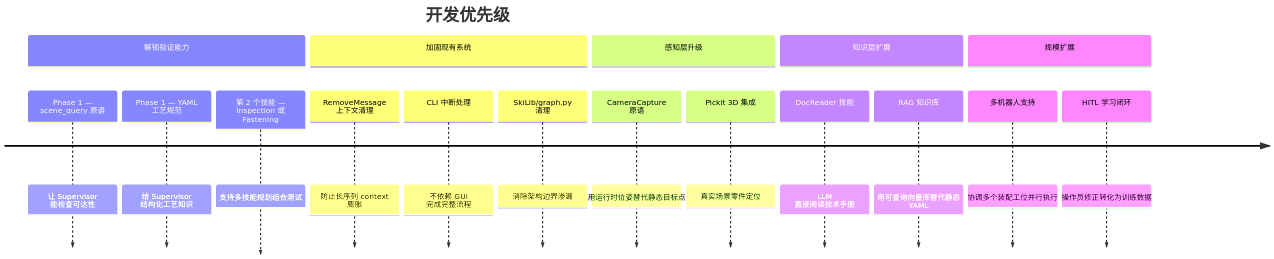
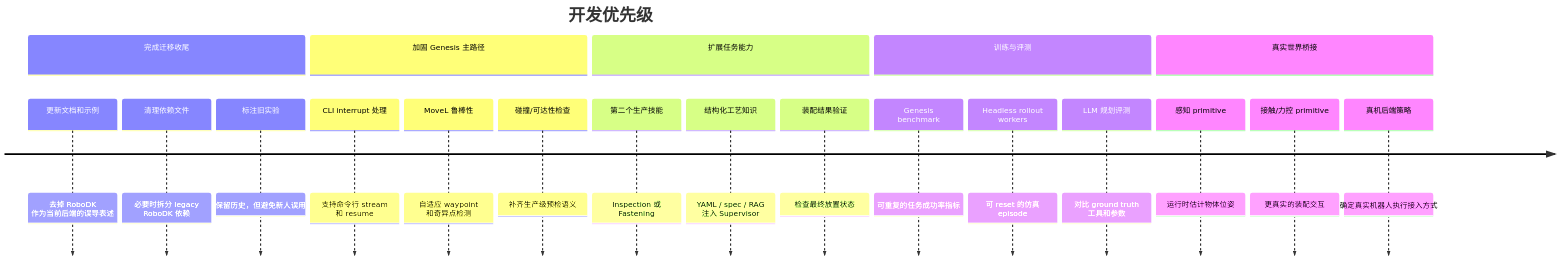
The fourth of 4 diagrams in ROADMAP.md (SniperPigeon/RoboSkiAgent), drawn with Mermaid before and after one commit. The commit also changed other lines of this file and 7 other files, not shown here.

````diff
--- a/ROADMAP.md
+++ b/ROADMAP.md
@@ -278,26 +203,29 @@
 ```mermaid
 timeline
     title 开发优先级
 
-    section 解锁验证能力
-        Phase 1 — scene_query 原语      : 让 Supervisor 能检查可达性
-        Phase 1 — YAML 工艺规范         : 给 Supervisor 结构化工艺知识
-        第 2 个技能 — Inspection 或 Fastening : 支持多技能规划组合测试
+    section 完成迁移收尾
+        更新文档和示例               : 去掉 RoboDK 作为当前后端的误导表述
+        清理依赖文件                 : 必要时拆分 legacy RoboDK 依赖
+        标注旧实验                   : 保留历史，但避免新人误用
 
-    section 加固现有系统
-        RemoveMessage 上下文清理        : 防止长序列 context 膨胀
-        CLI 中断处理                    : 不依赖 GUI 完成完整流程
-        SkiLib/graph.py 清理            : 消除架构边界渗漏
+    section 加固 Genesis 主路径
+        CLI interrupt 处理           : 支持命令行 stream 和 resume
+        MoveL 鲁棒性                 : 自适应 waypoint 和奇异点检测
+        碰撞/可达性检查              : 补齐生产级预检语义
 
-    section 感知层升级
-        CameraCapture 原语              : 用运行时位姿替代静态目标点
-        Pickit 3D 集成                  : 真实场景零件定位
+    section 扩展任务能力
+        第二个生产技能               : Inspection 或 Fastening
+        结构化工艺知识               : YAML / spec / RAG 注入 Supervisor
+        装配结果验证                 : 检查最终放置状态
 
-    section 知识层扩展
-        DocReader 技能                  : LLM 直接阅读技术手册
-        RAG 知识库                      : 用可查询向量库替代静态 YAML
+    section 训练与评测
+        Genesis benchmark            : 可重复的任务成功率指标
+        Headless rollout workers     : 可 reset 的仿真 episode
+        LLM 规划评测                 : 对比 ground truth 工具和参数
 
-    section 规模扩展
-        多机器人支持                    : 协调多个装配工位并行执行
-        HITL 学习闭环                   : 操作员修正转化为训练数据
+    section 真实世界桥接
+        感知 primitive               : 运行时估计物体位姿
+        接触/力控 primitive          : 更真实的装配交互
+        真机后端策略                 : 确定真实机器人执行接入方式
 ```
````
